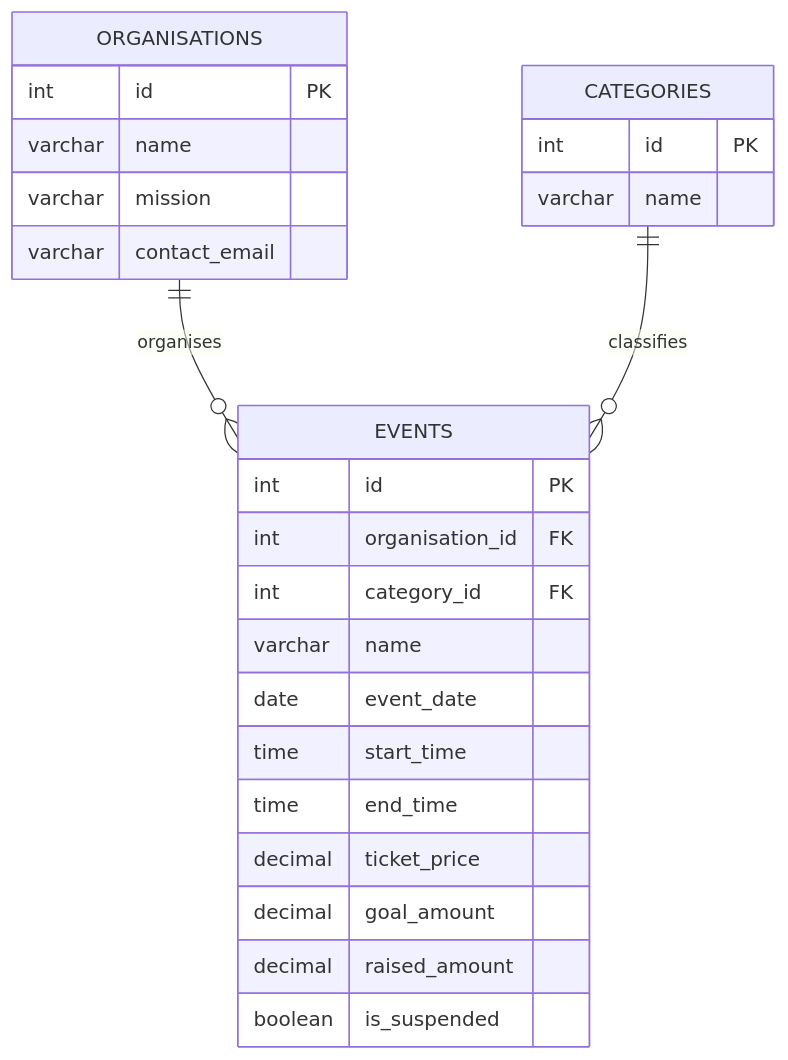
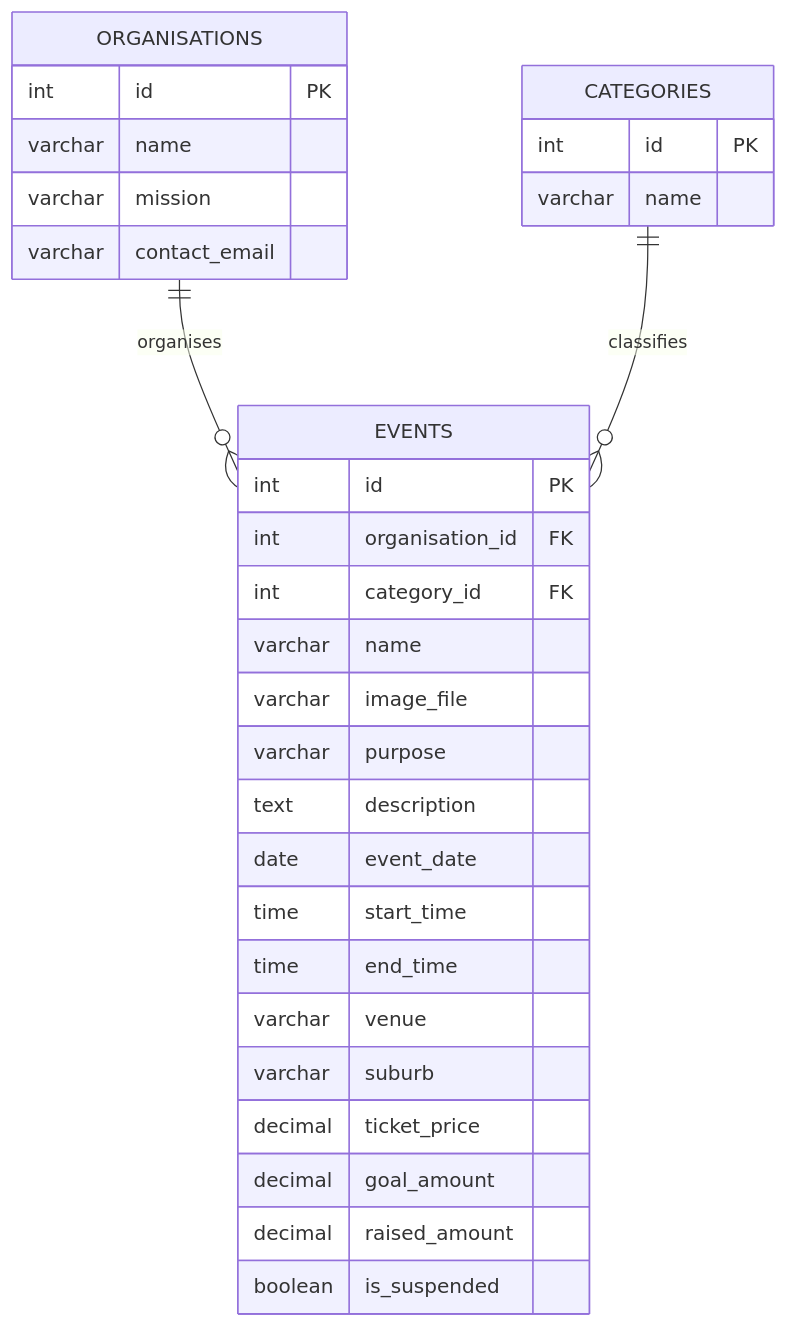
One commit to KangZheZhao/Kangzhe-Zhao-A2 changed the diagram in docs/report-guide.md. Above: the diagram before and after it, drawn with Mermaid. The commit also changed other lines of this file and 3 other files, not shown here.

````diff
--- a/docs/report-guide.md
+++ b/docs/report-guide.md
@@ -20,28 +20,33 @@
 ```mermaid
 erDiagram
     ORGANISATIONS ||--o{ EVENTS : organises
     CATEGORIES ||--o{ EVENTS : classifies
     ORGANISATIONS {
         int id PK
         varchar name
         varchar mission
         varchar contact_email
     }
     CATEGORIES {
         int id PK
         varchar name
     }
     EVENTS {
         int id PK
         int organisation_id FK
         int category_id FK
         varchar name
+        varchar image_file
+        varchar purpose
+        text description
         date event_date
         time start_time
         time end_time
+        varchar venue
+        varchar suburb
         decimal ticket_price
         decimal goal_amount
         decimal raised_amount
         boolean is_suspended
     }
 ```
````
